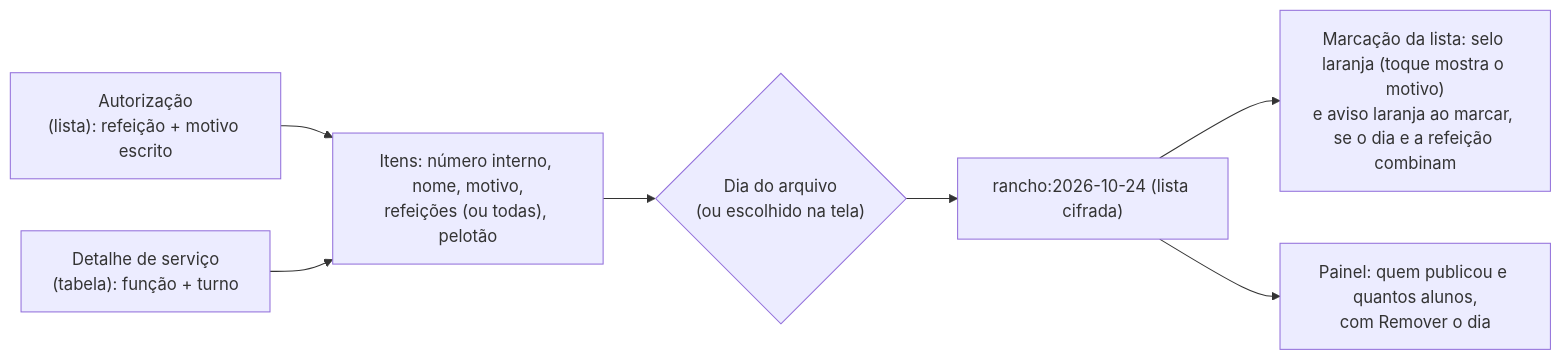
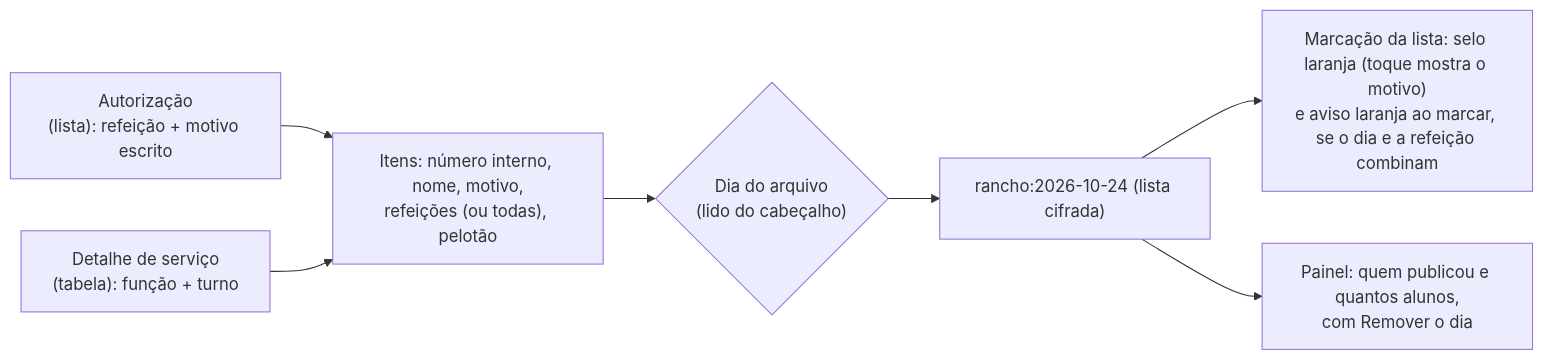
Before and after one commit to GiuColucci/Municiamento_CIAGA: diagram 19 of 19 in docs/ARQUITETURA_E_FLUXO.md, drawn with Mermaid. The commit also changed 7 other files, not shown here.

Commit message:
Rancho corrido: data lida do cabeçalho (campo removido) e lista do que já foi enviado por dia

````diff
--- a/docs/ARQUITETURA_E_FLUXO.md
+++ b/docs/ARQUITETURA_E_FLUXO.md
@@ -608,9 +608,9 @@
 ```mermaid
 flowchart LR
   A["Autorização<br/>(lista): refeição + motivo escrito"] --> I
   S["Detalhe de serviço<br/>(tabela): função + turno"] --> I
-  I["Itens: número interno, nome, motivo,<br/>refeições (ou todas), pelotão"] --> D{"Dia do arquivo<br/>(ou escolhido na tela)"}
+  I["Itens: número interno, nome, motivo,<br/>refeições (ou todas), pelotão"] --> D{"Dia do arquivo<br/>(lido do cabeçalho)"}
   D --> P1["rancho:2026-10-24 (lista cifrada)"]
   P1 --> M["Marcação da lista: selo laranja (toque mostra o motivo)<br/>e aviso laranja ao marcar, se o dia e a refeição combinam"]
   P1 --> X["Painel: quem publicou e quantos alunos,<br/>com Remover o dia"]
 ```
````
